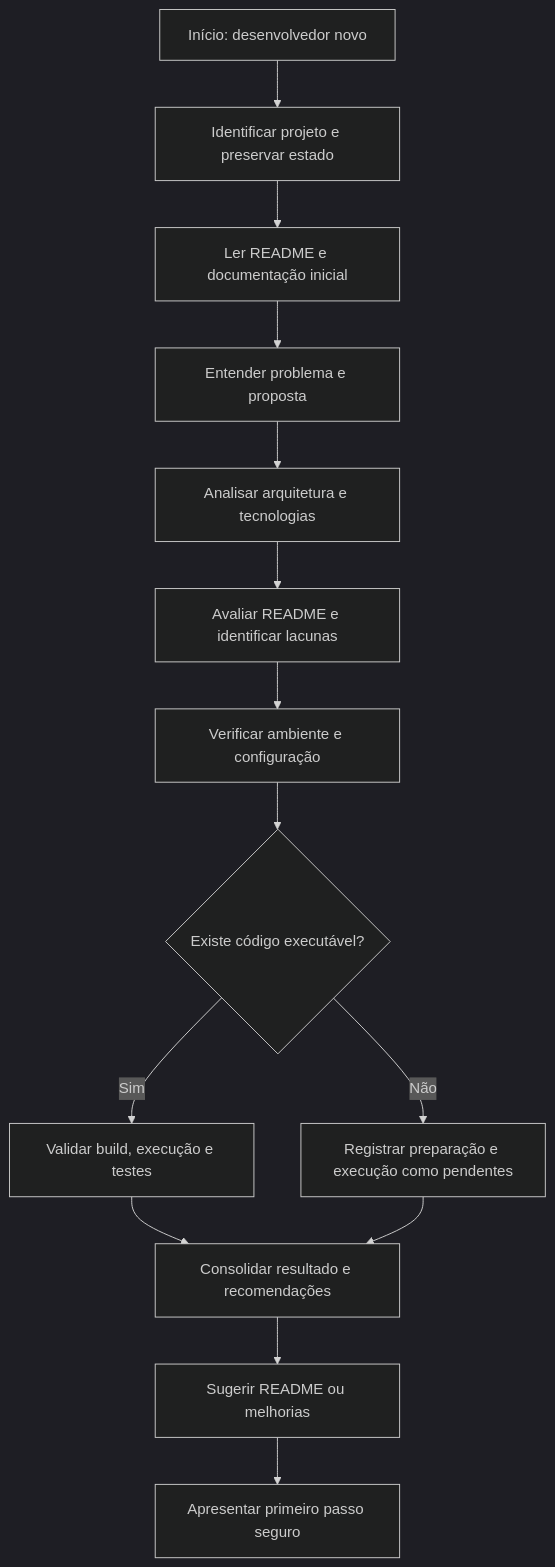
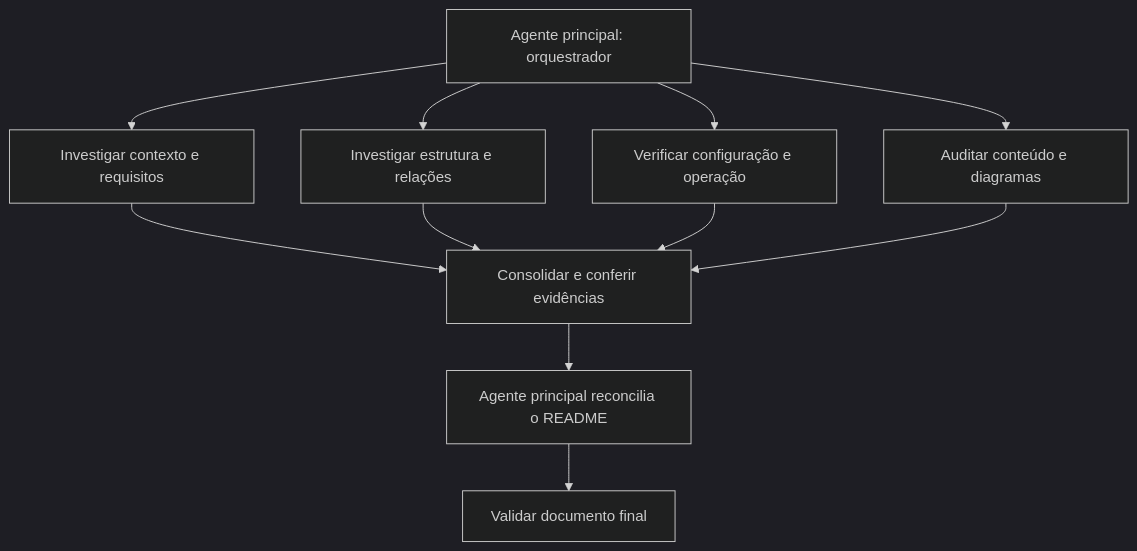
The second of 2 diagrams in .claude/skills/onboarding/README.md (Jibabk/bolaoCopaFifa2027), drawn with Mermaid (dark theme) before and after one commit. The commit also changed other lines of this file and 16 other files, not shown here.

Commit message:
📝 docs(onboarding,readme): atualiza skill de onboarding e documentação do README.md com diagramas Mermaid

````diff
--- a/.claude/skills/onboarding/README.md
+++ b/.claude/skills/onboarding/README.md
@@ -226,16 +112,13 @@
 ```mermaid
 flowchart TD
-    A["Início: desenvolvedor novo"] --> B["Identificar projeto e preservar estado"]
-    B --> C["Ler README e documentação inicial"]
-    C --> D["Entender problema e proposta"]
-    D --> E["Analisar arquitetura e tecnologias"]
-    E --> F["Avaliar README e identificar lacunas"]
-    F --> G["Verificar ambiente e configuração"]
-    G --> H{"Existe código executável?"}
-    H -->|"Sim"| I["Validar build, execução e testes"]
-    H -->|"Não"| J["Registrar preparação e execução como pendentes"]
-    I --> K["Consolidar resultado e recomendações"]
-    J --> K
-    K --> L["Sugerir README ou melhorias"]
-    L --> M["Apresentar primeiro passo seguro"]
+    O[Agente principal: orquestrador] --> A[Investigar contexto e requisitos]
+    O --> B[Investigar estrutura e relações]
+    O --> C[Verificar configuração e operação]
+    O --> D[Auditar conteúdo e diagramas]
+    A --> E[Consolidar e conferir evidências]
+    B --> E
+    C --> E
+    D --> E
+    E --> F[Agente principal reconcilia o README]
+    F --> G[Validar documento final]
 ```
````
